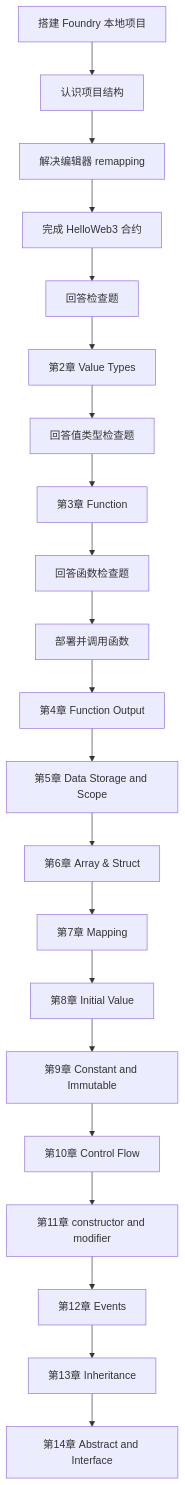
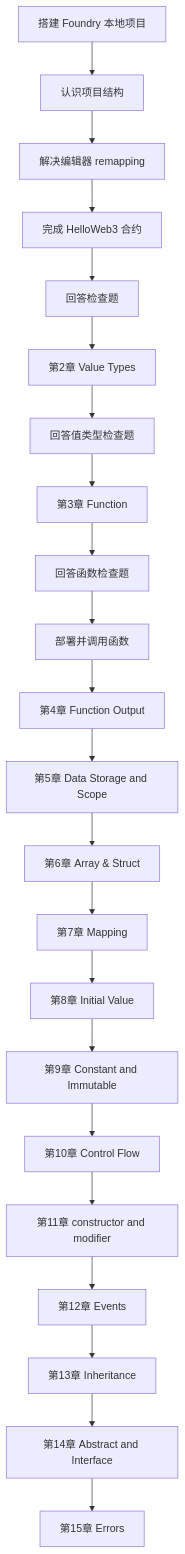
Before and after one commit to daxiguaguagua-hash/wtf-academy-learning: the fourth of 4 diagrams in 交接记录.md, drawn with Mermaid. The commit also changed other lines of this file and 2 other files, not shown here.

````diff
--- a/交接记录.md
+++ b/交接记录.md
@@ -192,23 +197,24 @@
 ```mermaid
 flowchart TD
 A[搭建 Foundry 本地项目] --> B[认识项目结构]
 B --> C[解决编辑器 remapping]
 C --> D[完成 HelloWeb3 合约]
 D --> E[回答检查题]
 E --> F[第2章 Value Types]
 F --> G[回答值类型检查题]
 G --> H[第3章 Function]
 H --> I[回答函数检查题]
 I --> J[部署并调用函数]
 J --> K[第4章 Function Output]
 K --> L[第5章 Data Storage and Scope]
 L --> M[第6章 Array & Struct]
 M --> N[第7章 Mapping]
 N --> O[第8章 Initial Value]
 O --> P[第9章 Constant and Immutable]
 P --> Q[第10章 Control Flow]
 Q --> R[第11章 constructor and modifier]
 R --> S[第12章 Events]
 S --> T[第13章 Inheritance]
 T --> U[第14章 Abstract and Interface]
+U --> V[第15章 Errors]
 ```
````
